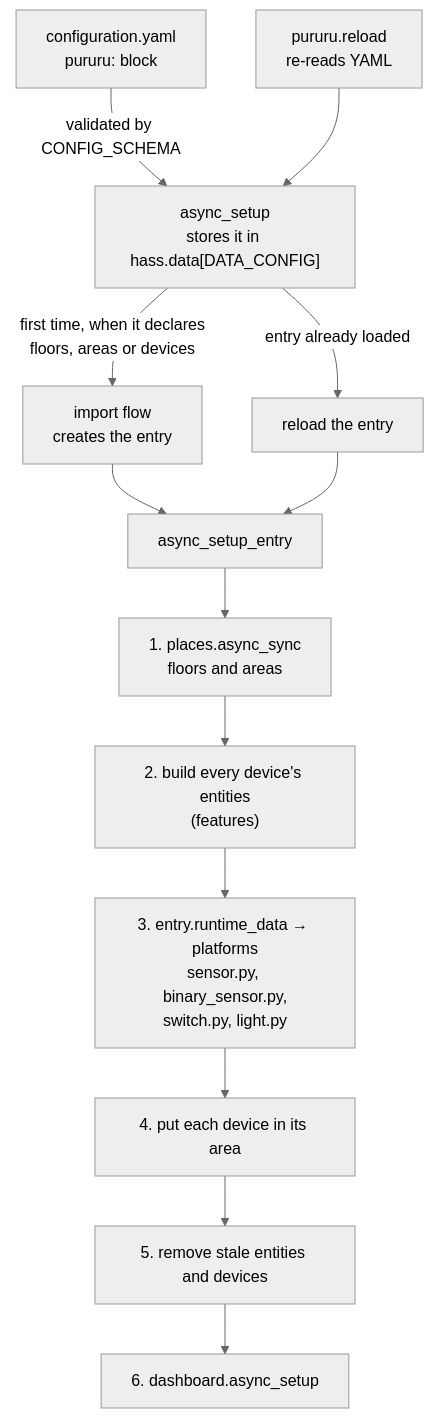
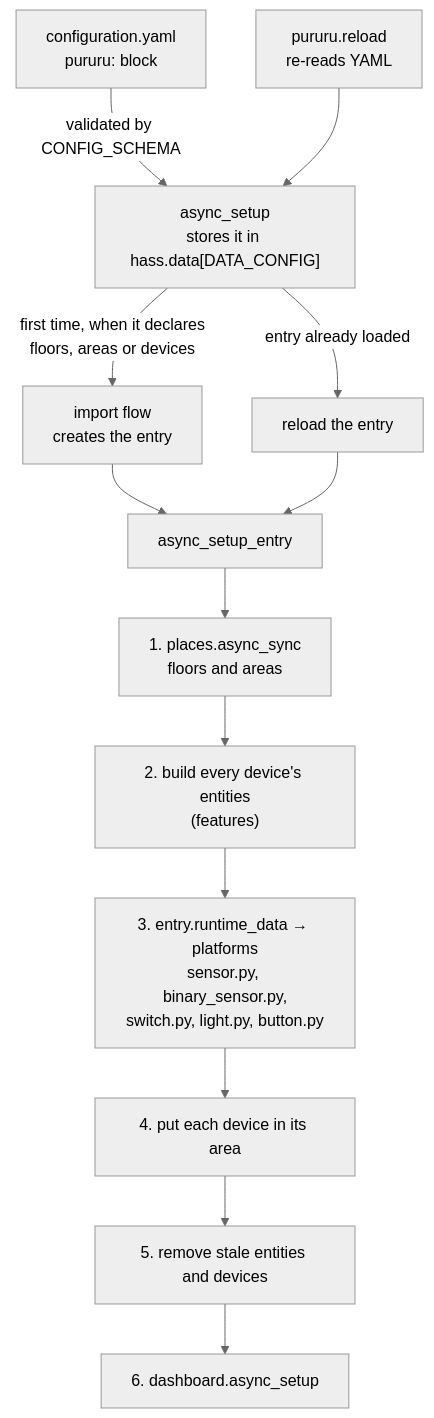
Before and after one commit to thatsnotmynameio/pururu-ha: the diagram in docs/develop/architecture.mdx, drawn with Mermaid (neutral theme). The commit also changed other lines of this file and 23 other files, not shown here.

First line of the commit message:
pururu: programs, a device's own sequences of actions (0.1.8) (#16)

````diff
--- a/docs/develop/architecture.mdx
+++ b/docs/develop/architecture.mdx
@@ -10,15 +10,15 @@
 ```mermaid
 flowchart TD
     Y["configuration.yaml<br/>pururu: block"] -->|"validated by CONFIG_SCHEMA"| S["async_setup<br/>stores it in hass.data[DATA_CONFIG]"]
     S -->|"first time, when it declares<br/>floors, areas or devices"| F["import flow<br/>creates the entry"]
     S -->|"entry already loaded"| R["reload the entry"]
     F --> E
     R --> E
     RS["pururu.reload<br/>re-reads YAML"] --> S
     E["async_setup_entry"] --> P1["1. places.async_sync<br/>floors and areas"]
     P1 --> P2["2. build every device's entities<br/>(features)"]
-    P2 --> P3["3. entry.runtime_data → platforms<br/>sensor.py, binary_sensor.py,<br/>switch.py, light.py"]
+    P2 --> P3["3. entry.runtime_data → platforms<br/>sensor.py, binary_sensor.py,<br/>switch.py, light.py, button.py"]
     P3 --> P4["4. put each device in its area"]
     P4 --> P5["5. remove stale entities and devices"]
     P5 --> P6["6. dashboard.async_setup"]
 ```
````
